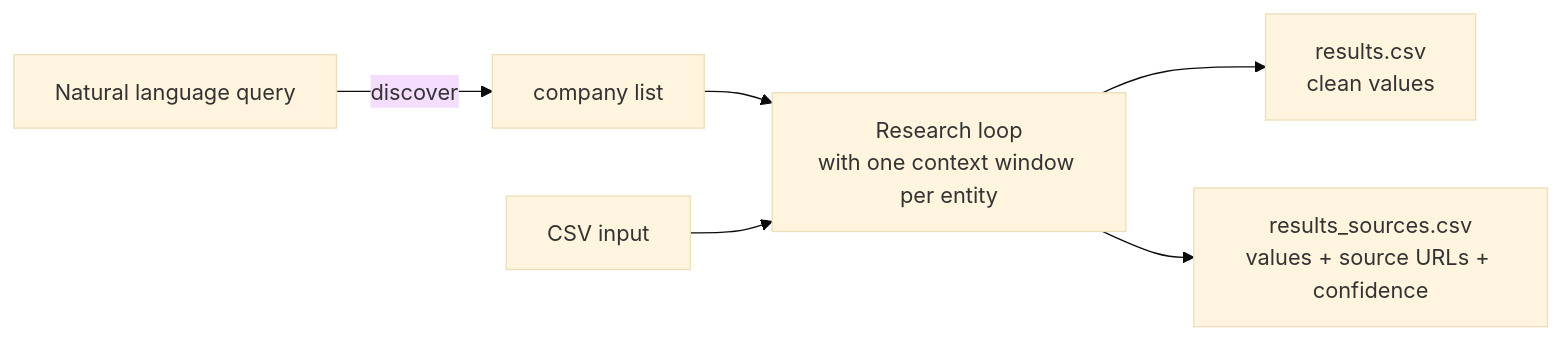
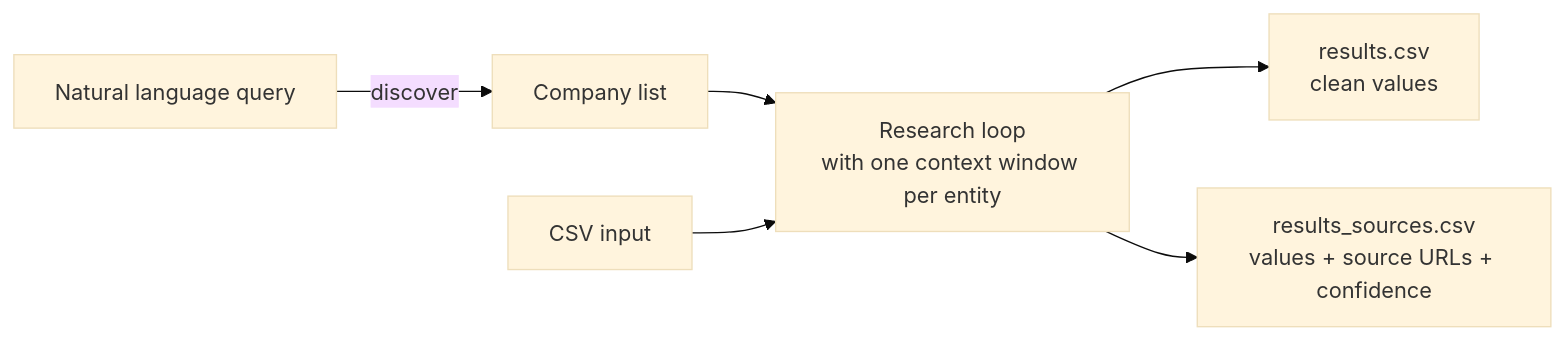
One commit to dhegde11/varys changed the diagram in README.md. Above: the diagram before and after it, drawn with Mermaid (base theme). The commit also changed other lines of this file, not shown here.

````diff
--- a/README.md
+++ b/README.md
@@ -11,8 +67,8 @@
 ```mermaid
 flowchart LR
-    A["Natural language query"] -->|discover| B["company list"]
+    A["Natural language query"] -->|discover| B["Company list"]
     B --> C["Research loop<br/>with one context window per entity"]
     D["CSV input"] --> C
     C --> E["results.csv<br/>clean values"]
     C --> F["results_sources.csv<br/>values + source URLs + confidence"]
 ```
````
